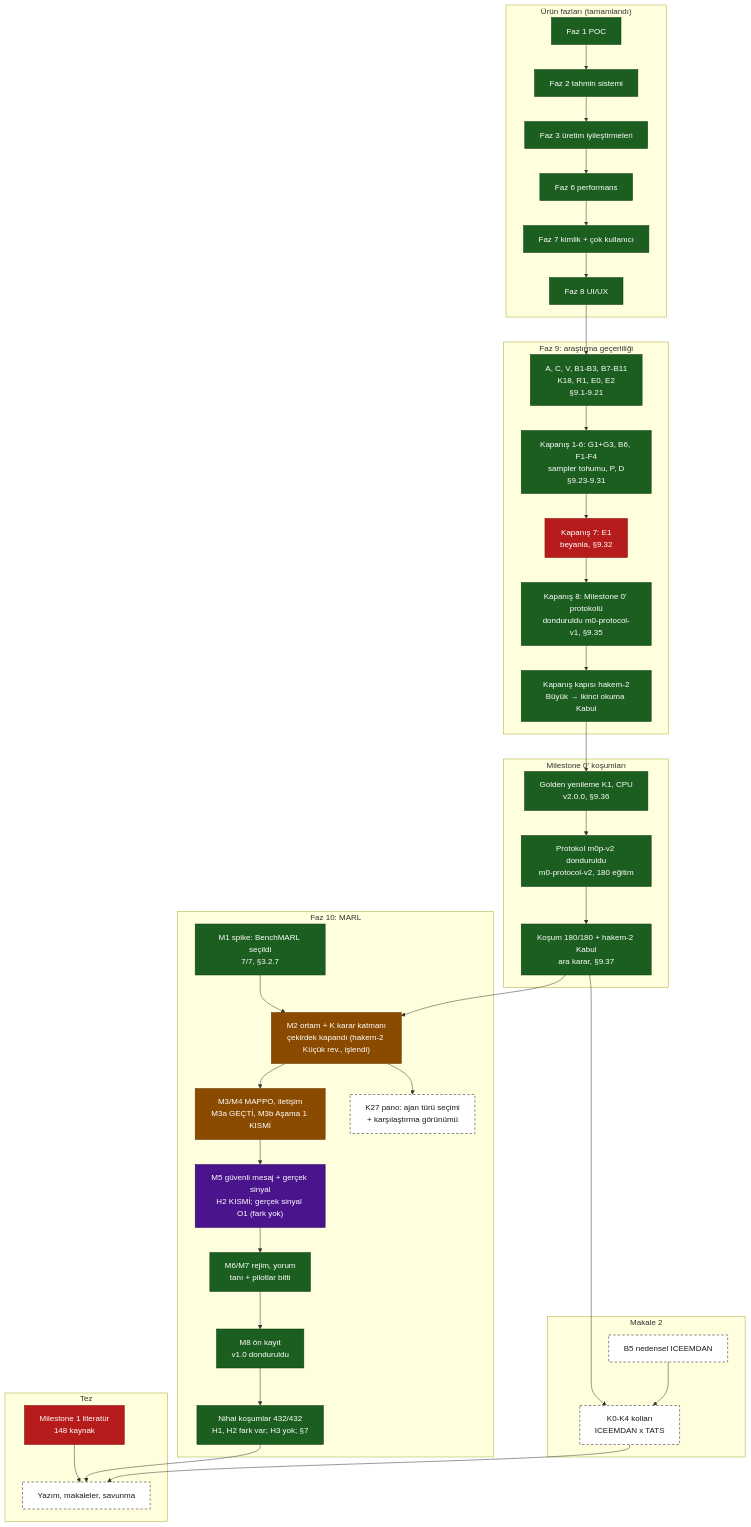
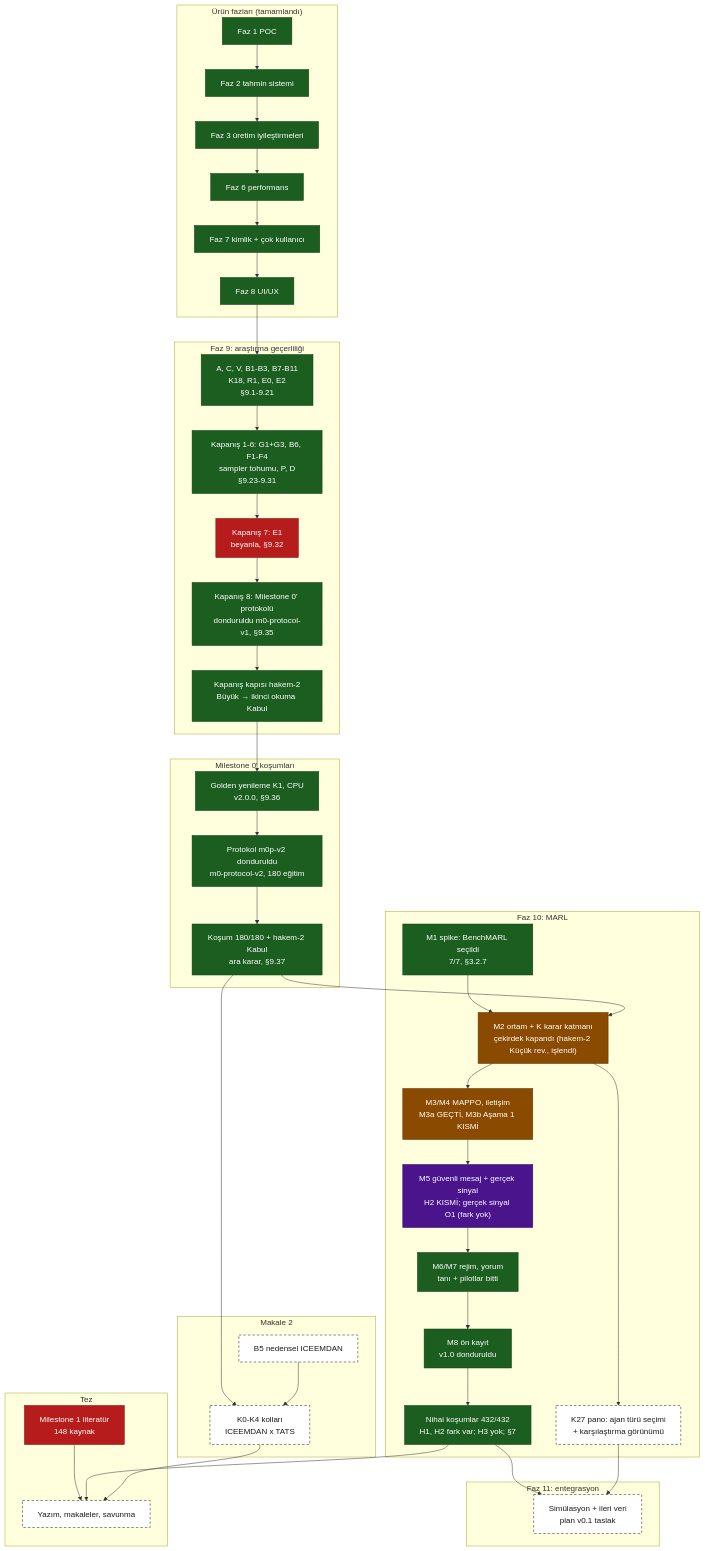
The second of 2 diagrams in docs/development/system-map.md (softdevcan/RL-Trading-Project), drawn with Mermaid before and after one commit. The commit also changed other lines of this file and 7 other files, not shown here.

First line of the commit message:
docs: vision G1 daraltildi (v0.3.1), Faz 11 entegrasyon plani v0.1 taslak, surum 2.14.0

````diff
--- a/docs/development/system-map.md
+++ b/docs/development/system-map.md
@@ -112,63 +112,68 @@
 ```mermaid
 flowchart TB
   classDef done fill:#1b5e20,stroke:#0b3d10,color:#ffffff
   classDef partial fill:#b71c1c,stroke:#7f0000,color:#ffffff
   classDef active fill:#8a4b00,stroke:#5a3000,color:#ffffff
   classDef decision fill:#4a148c,stroke:#2a0060,color:#ffffff
   classDef planned fill:#ffffff,stroke:#1a1a1a,stroke-dasharray:5 4,color:#1a1a1a
 
   subgraph URUN["Ürün fazları (tamamlandı)"]
     F1["Faz 1 POC"]:::done
     F2["Faz 2 tahmin sistemi"]:::done
     F3["Faz 3 üretim iyileştirmeleri"]:::done
     F6["Faz 6 performans"]:::done
     F7["Faz 7 kimlik + çok kullanıcı"]:::done
     F8["Faz 8 UI/UX"]:::done
   end
 
   subgraph F9["Faz 9: araştırma geçerliliği"]
     P9A["A, C, V, B1-B3, B7-B11<br/>K18, R1, E0, E2<br/>§9.1-9.21"]:::done
     P9B["Kapanış 1-6: G1+G3, B6, F1-F4<br/>sampler tohumu, P, D<br/>§9.23-9.31"]:::done
     P9E["Kapanış 7: E1<br/>beyanla, §9.32"]:::partial
     P9M["Kapanış 8: Milestone 0' protokolü<br/>donduruldu m0-protocol-v1, §9.35"]:::done
     H2["Kapanış kapısı hakem-2<br/>Büyük → ikinci okuma Kabul"]:::done
   end
 
   subgraph M0["Milestone 0' koşumları"]
     GOLD["Golden yenileme K1, CPU<br/>v2.0.0, §9.36"]:::done
     PRE["Protokol m0p-v2 donduruldu<br/>m0-protocol-v2, 180 eğitim"]:::done
     FIN["Koşum 180/180 + hakem-2 Kabul<br/>ara karar, §9.37"]:::done
   end
 
   subgraph M2P["Makale 2"]
     B5["B5 nedensel ICEEMDAN"]:::planned
     K0K4["K0-K4 kolları<br/>ICEEMDAN x TATS"]:::planned
   end
 
   subgraph F10["Faz 10: MARL"]
     M1["M1 spike: BenchMARL seçildi<br/>7/7, §3.2.7"]:::done
     M2["M2 ortam + K karar katmanı<br/>çekirdek kapandı (hakem-2 Küçük rev., işlendi)"]:::active
     M34["M3/M4 MAPPO, iletişim<br/>M3a GEÇTİ, M3b Aşama 1 KISMİ"]:::active
     M5["M5 güvenli mesaj + gerçek sinyal<br/>H2 KISMİ; gerçek sinyal O1 (fark yok)"]:::decision
     M67["M6/M7 rejim, yorum<br/>tanı + pilotlar bitti"]:::done
     M8["M8 ön kayıt<br/>v1.0 donduruldu"]:::done
     FINAL["Nihai koşumlar 432/432<br/>H1, H2 fark var; H3 yok; §7"]:::done
     K27["K27 pano: ajan türü seçimi<br/>+ karşılaştırma görünümü"]:::planned
   end
+  subgraph F11["Faz 11: entegrasyon"]
+    SIM["Simülasyon + ileri veri<br/>plan v0.1 taslak"]:::planned
+  end
 
   subgraph TEZ["Tez"]
     T1["Milestone 1 literatür<br/>148 kaynak"]:::partial
     T4["Yazım, makaleler, savunma"]:::planned
   end
 
   F1 --> F2 --> F3 --> F6 --> F7 --> F8 --> P9A --> P9B --> P9E --> P9M --> H2
   H2 --> GOLD --> PRE --> FIN
   FIN --> K0K4
   B5 --> K0K4
   M1 --> M2
   FIN --> M2 --> M34 --> M5 --> M67 --> M8 --> FINAL
   M2 --> K27
+  FINAL --> SIM
+  K27 --> SIM
   T1 --> T4
   FINAL --> T4
   K0K4 --> T4
 ```
````
